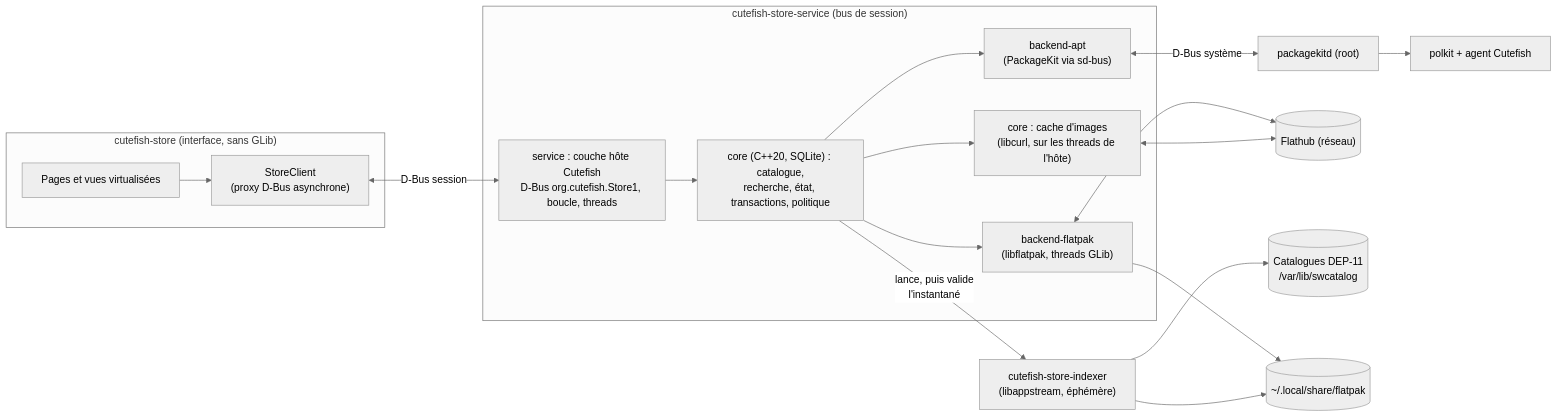
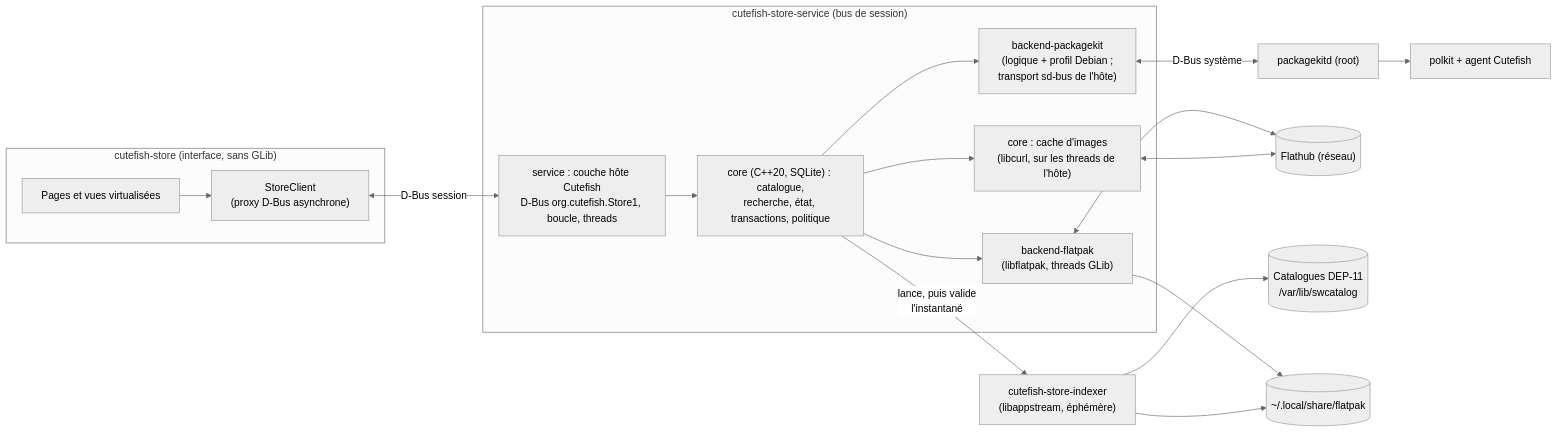
One commit to SachaGrdc/cutefish-store changed the first of 5 diagrams in docs/ARCHITECTURE.md. Above: the diagram before and after it, drawn with Mermaid (neutral theme). The commit also changed other lines of this file and 1 other file, not shown here.

First line of the commit message:
docs: rename the APT backend to backend-packagekit (P-001)

````diff
--- a/docs/ARCHITECTURE.md
+++ b/docs/ARCHITECTURE.md
@@ -189,39 +189,39 @@
 ```mermaid
 flowchart LR
     subgraph UI["cutefish-store (interface, sans GLib)"]
         Pages["Pages et vues virtualisées"]
         Client["StoreClient<br/>(proxy D-Bus asynchrone)"]
         Pages --> Client
     end
 
     subgraph SVC["cutefish-store-service (bus de session)"]
         Api["service : couche hôte Cutefish<br/>D-Bus org.cutefish.Store1, boucle, threads"]
         Core["core (C++20, SQLite) : catalogue,<br/>recherche, état, transactions, politique"]
         Img["core : cache d'images<br/>(libcurl, sur les threads de l'hôte)"]
-        Apt["backend-apt<br/>(PackageKit via sd-bus)"]
+        Apt["backend-packagekit<br/>(logique + profil Debian ;<br/>transport sd-bus de l'hôte)"]
         Fp["backend-flatpak<br/>(libflatpak, threads GLib)"]
         Api --> Core
         Core --> Img
         Core --> Apt
         Core --> Fp
     end
 
     IDX["cutefish-store-indexer<br/>(libappstream, éphémère)"]
 
     Client <-- "D-Bus session" --> Api
     Core -- "lance, puis valide<br/>l'instantané" --> IDX
 
     PK["packagekitd (root)"]
     POL["polkit + agent Cutefish"]
     FH[("Flathub (réseau)")]
     DEB[("Catalogues DEP-11<br/>/var/lib/swcatalog")]
     FPS[("~/.local/share/flatpak")]
 
     Apt <-- "D-Bus système" --> PK
     PK --> POL
     Fp --> FPS
     Fp <--> FH
     IDX --> DEB
     IDX --> FPS
     Img <--> FH
 ```
````
